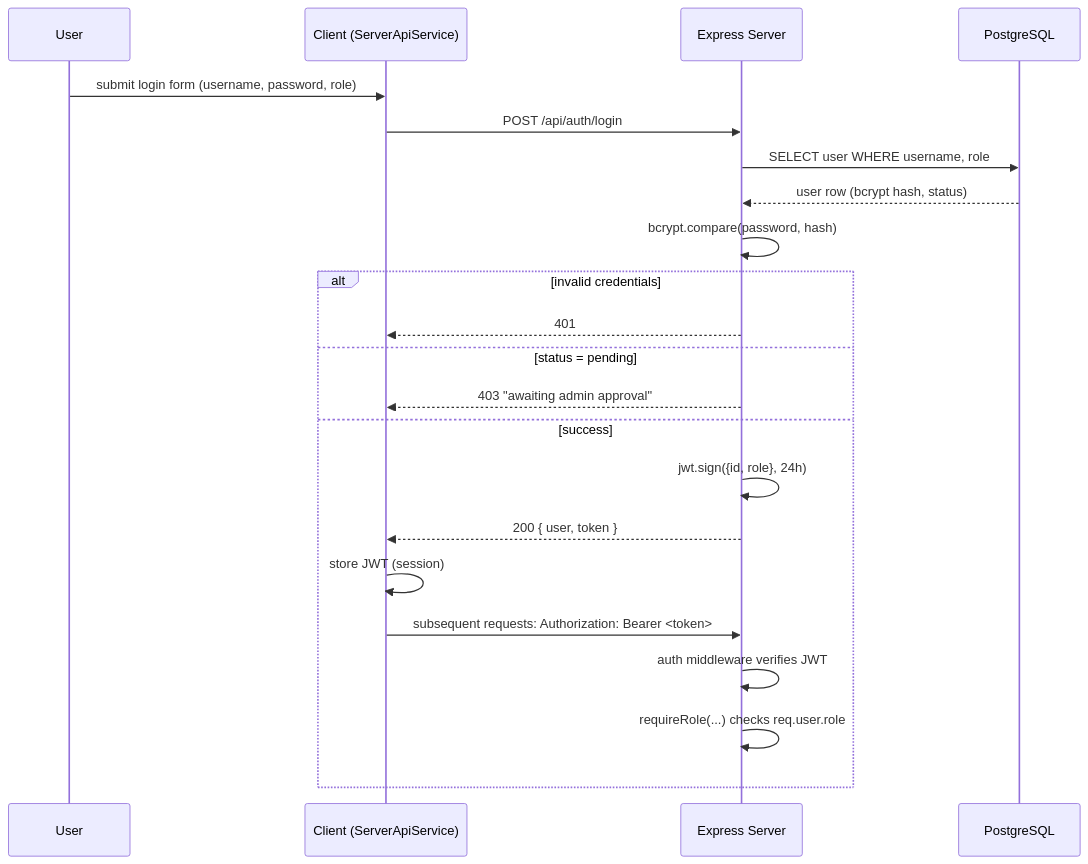
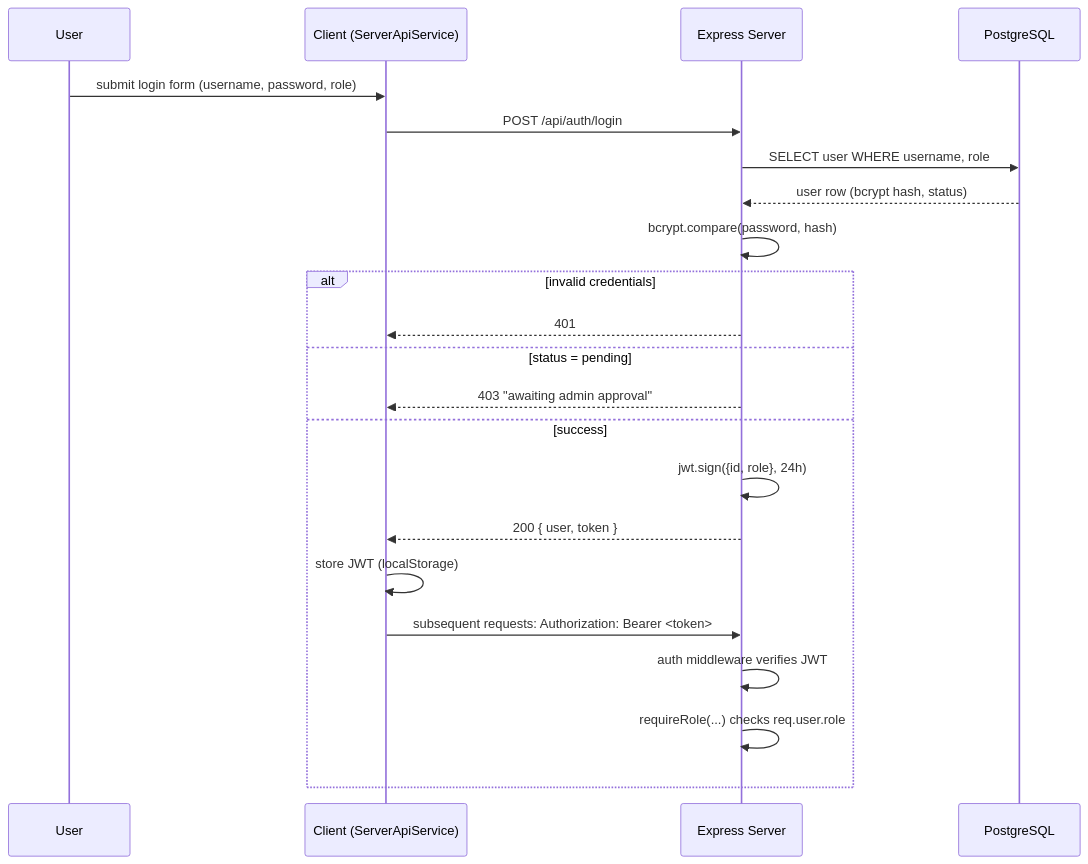
One commit to Hkuser18/FullStack_React changed the sixth of 9 diagrams in docs/ARCHITECTURE.md. Above: the diagram before and after it, drawn with Mermaid. The commit also changed other lines of this file and 3 other files, not shown here.

First line of the commit message:
Add final-submission documentation: architecture, API, and workflow docs

````diff
--- a/docs/ARCHITECTURE.md
+++ b/docs/ARCHITECTURE.md
@@ -146,25 +339,25 @@
 ```mermaid
 sequenceDiagram
     participant U as User
     participant C as Client (ServerApiService)
     participant S as Express Server
     participant DB as PostgreSQL
 
     U->>C: submit login form (username, password, role)
     C->>S: POST /api/auth/login
     S->>DB: SELECT user WHERE username, role
     DB-->>S: user row (bcrypt hash, status)
     S->>S: bcrypt.compare(password, hash)
     alt invalid credentials
         S-->>C: 401
     else status = pending
         S-->>C: 403 "awaiting admin approval"
     else success
         S->>S: jwt.sign({id, role}, 24h)
         S-->>C: 200 { user, token }
-        C->>C: store JWT (session)
+        C->>C: store JWT (localStorage)
         C->>S: subsequent requests: Authorization: Bearer <token>
         S->>S: auth middleware verifies JWT
         S->>S: requireRole(...) checks req.user.role
     end
 ```
````
